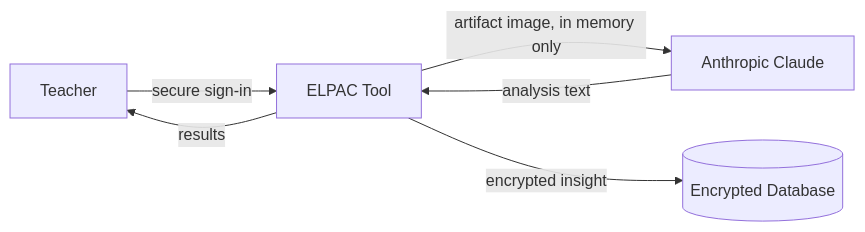
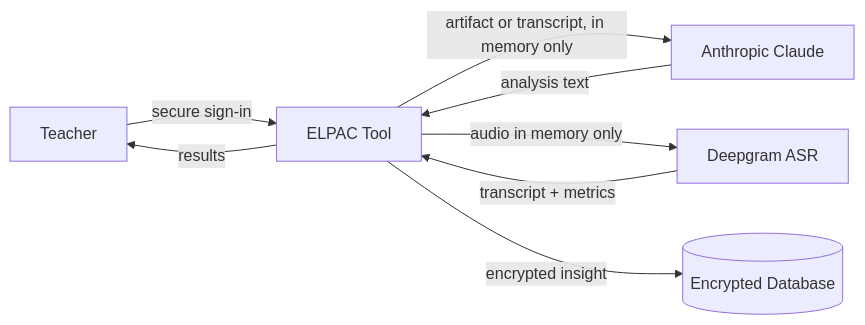
The diagram in docs/data-flow-and-security.md (godwinKamau/alameda-county-asset-based-scaffold), drawn with Mermaid before and after one commit. The commit also changed other lines of this file and 69 other files, not shown here.

````diff
--- a/docs/data-flow-and-security.md
+++ b/docs/data-flow-and-security.md
@@ -11,8 +11,10 @@
 ```mermaid
 flowchart LR
     Teacher[Teacher] -->|secure sign-in| App[ELPAC Tool]
-    App -->|artifact image, in memory only| Claude[Anthropic Claude]
+    App -->|artifact or transcript, in memory only| Claude[Anthropic Claude]
+    App -->|audio in memory only| ASR[Deepgram ASR]
+    ASR -->|transcript + metrics| App
     Claude -->|analysis text| App
     App -->|encrypted insight| DB[(Encrypted Database)]
     App -->|results| Teacher
 ```
````
